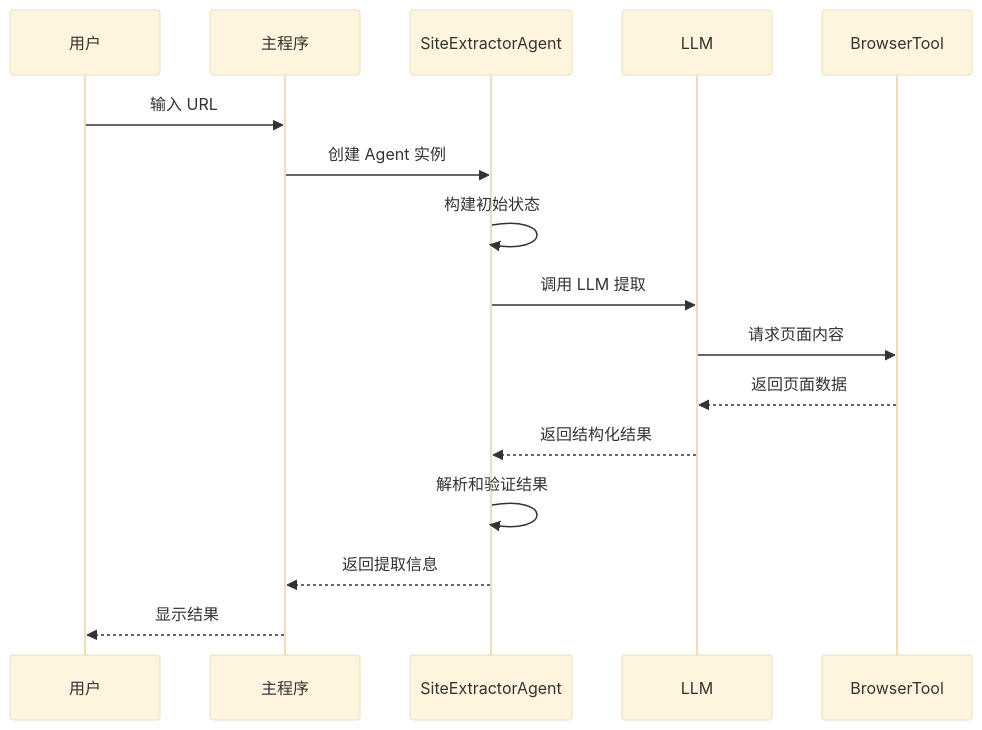
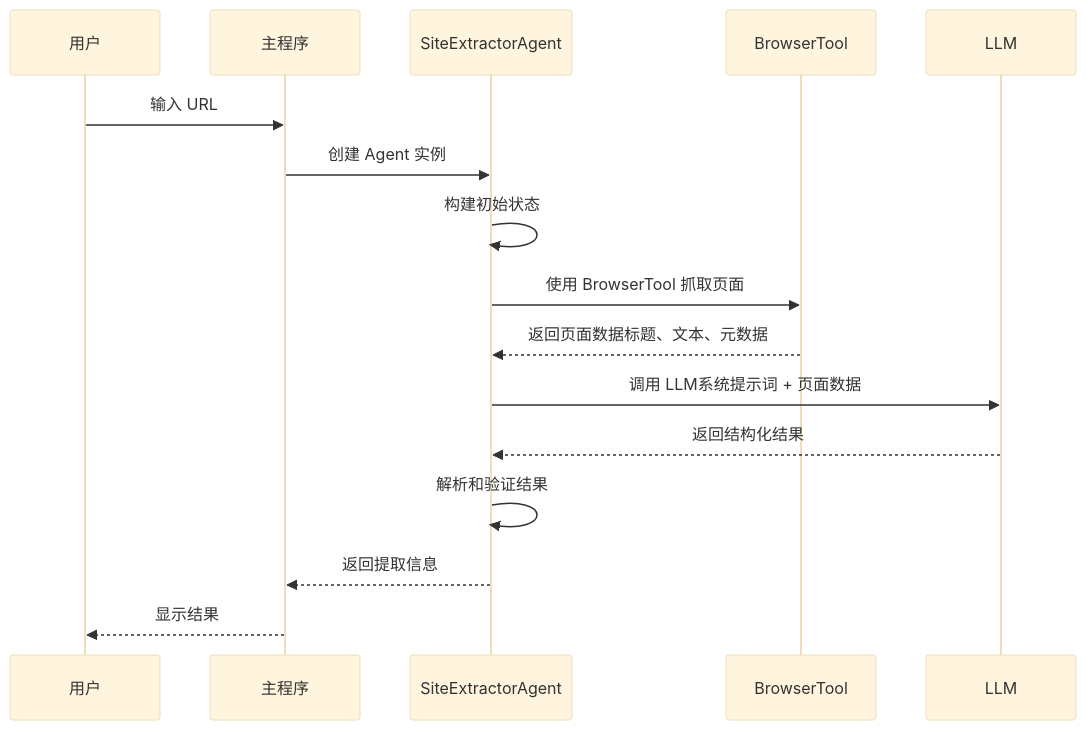
Before and after one commit to XueyuanQiao/site-info-extractor-agent: the fifth of 9 diagrams in .qoder/repowiki/zh/content/功能特性/网站信息提取.md, drawn with Mermaid (base theme). The commit also changed other lines of this file and 4 other files, not shown here.

````diff
--- a/.qoder/repowiki/zh/content/功能特性/网站信息提取.md
+++ b/.qoder/repowiki/zh/content/功能特性/网站信息提取.md
@@ -202,18 +229,18 @@
 ```mermaid
 sequenceDiagram
 participant U as 用户
 participant M as 主程序
 participant A as SiteExtractorAgent
+participant B as BrowserTool
 participant L as LLM
-participant B as BrowserTool
 U->>M : 输入 URL
 M->>A : 创建 Agent 实例
 A->>A : 构建初始状态
-A->>L : 调用 LLM 提取
-L->>B : 请求页面内容
-B-->>L : 返回页面数据
+A->>B : 使用 BrowserTool 抓取页面
+B-->>A : 返回页面数据标题、文本、元数据
+A->>L : 调用 LLM系统提示词 + 页面数据
 L-->>A : 返回结构化结果
 A->>A : 解析和验证结果
 A-->>M : 返回提取信息
 M-->>U : 显示结果
 ```
````
